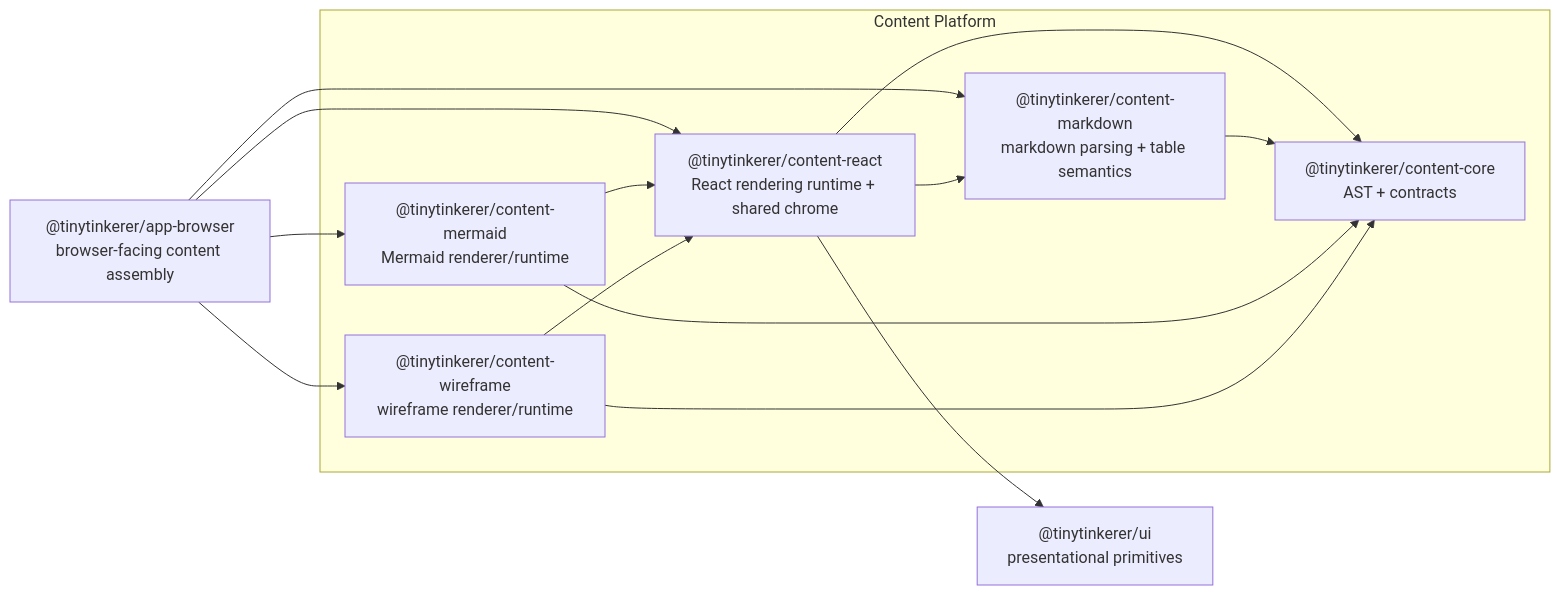
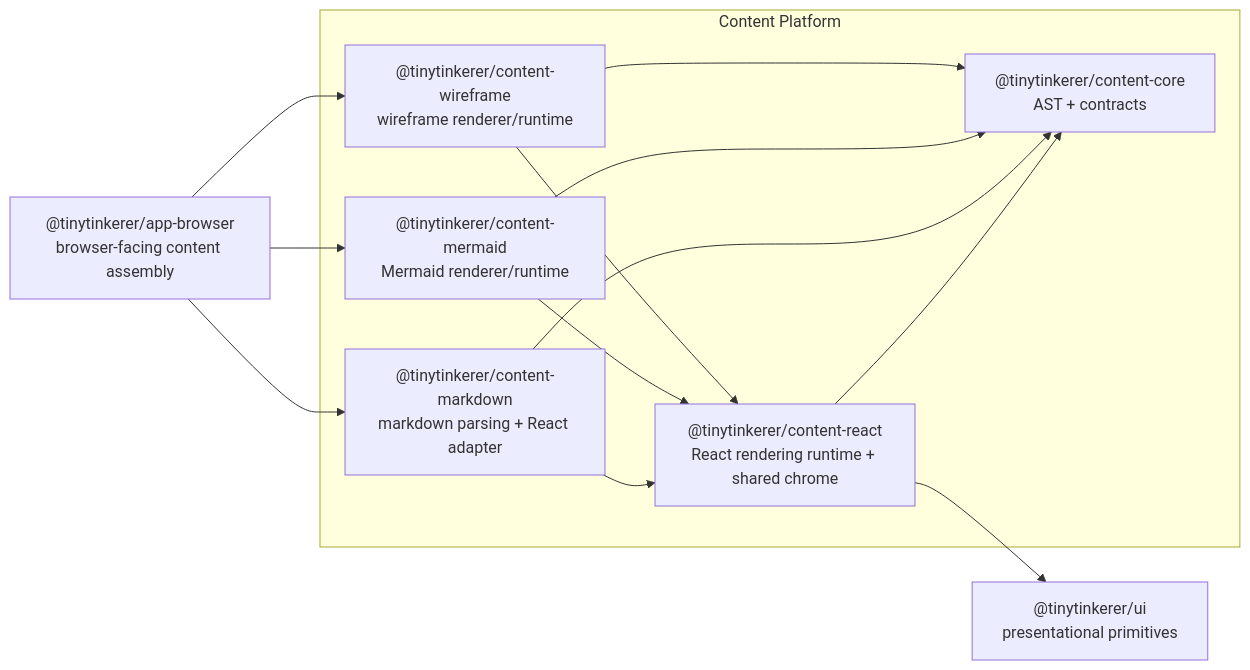
Before and after one commit to NNTin/tinytinkerer: the diagram in docs/content-platform.md, drawn with Mermaid. The commit also changed other lines of this file and 14 other files, not shown here.

````diff
--- a/docs/content-platform.md
+++ b/docs/content-platform.md
@@ -176,31 +175,29 @@
 ```mermaid
 flowchart LR
   appbrowser["@tinytinkerer/app-browser<br/>browser-facing content assembly"]
 
   subgraph ContentPlatform["Content Platform"]
     contentcore["@tinytinkerer/content-core<br/>AST + contracts"]
     contentreact["@tinytinkerer/content-react<br/>React rendering runtime + shared chrome"]
-    contentmarkdown["@tinytinkerer/content-markdown<br/>markdown parsing + table semantics"]
+    contentmarkdown["@tinytinkerer/content-markdown<br/>markdown parsing + React adapter"]
     contentmermaid["@tinytinkerer/content-mermaid<br/>Mermaid renderer/runtime"]
     contentwireframe["@tinytinkerer/content-wireframe<br/>wireframe renderer/runtime"]
   end
 
   ui["@tinytinkerer/ui<br/>presentational primitives"]
 
-  appbrowser --> contentreact
   appbrowser --> contentmarkdown
   appbrowser --> contentmermaid
   appbrowser --> contentwireframe
 
   contentreact --> contentcore
-  contentreact --> contentmarkdown
   contentreact --> ui
 
+  contentmarkdown --> contentreact
   contentmarkdown --> contentcore
+  contentmermaid --> contentreact
+  contentmermaid --> contentcore
 
-  contentmermaid --> contentcore
-  contentmermaid --> contentreact
-
+  contentwireframe --> contentreact
   contentwireframe --> contentcore
-  contentwireframe --> contentreact
 ```
````
